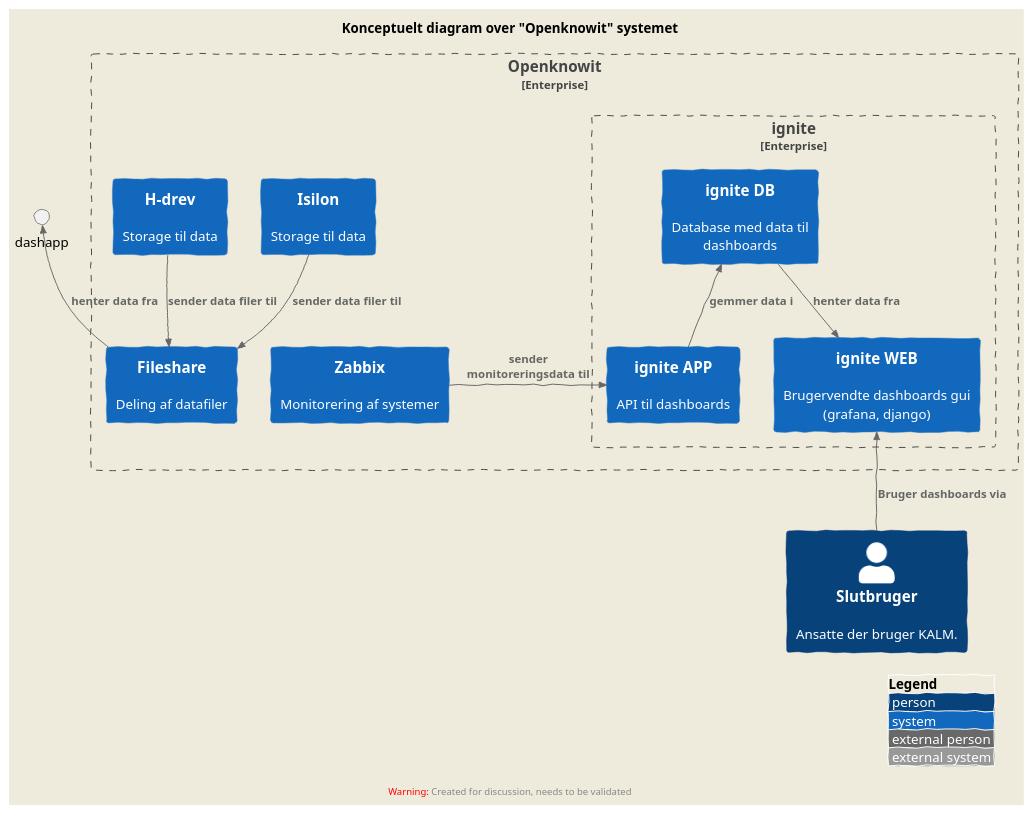
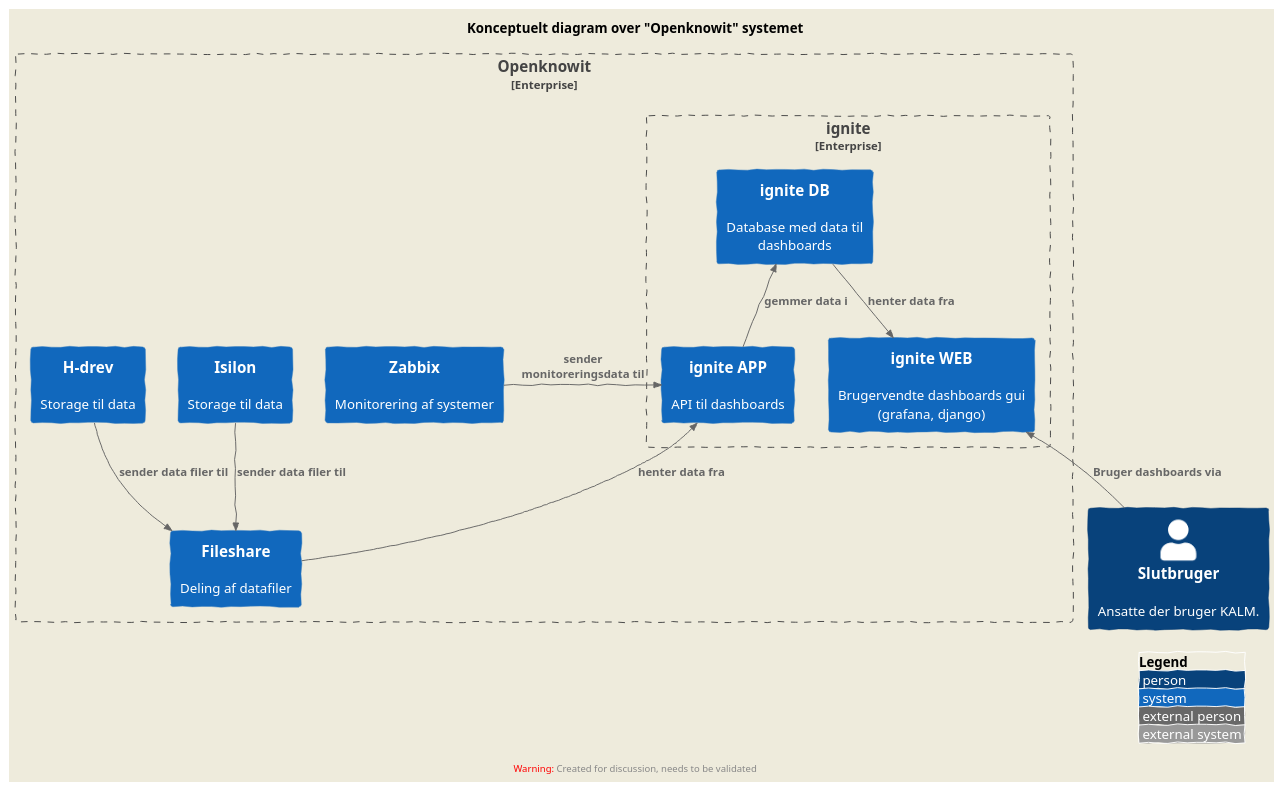
Before and after one commit to JakobHolstDK/infowall: the diagram in diagrams/openknowit.puml, drawn with PlantUML.

```diff
--- a/diagrams/openknowit.puml
+++ b/diagrams/openknowit.puml
@@ -2,38 +2,38 @@
 @startuml
 !include https://raw.githubusercontent.com/plantuml-stdlib/C4-PlantUML/master/C4_Context.puml
 
 ' uncomment the following line and comment the first to use locally
 ' !include C4_Context.puml
 
 LAYOUT_TOP_DOWN()
 LAYOUT_AS_SKETCH()
 LAYOUT_WITH_LEGEND()
 
 
 title  Konceptuelt diagram over "Openknowit" systemet
 
 Person(customer, "Slutbruger", "Ansatte der bruger KALM.")
 Enterprise_Boundary(c0, "Openknowit", "Openknowit systemet") {
 System(isilon, "Isilon", "Storage til data")
 System(Hdrives, "H-drev", "Storage til data")
 System(zabbix, "Zabbix", "Monitorering af systemer")
 System(fileshare, "Fileshare", "Deling af datafiler")
 
 
 
 
 Enterprise_Boundary(c1, "ignite", "ignnitesystemet") {
     System(ignitedb, "ignite DB", "Database med data til dashboards")
     System(igniteweb, "ignite WEB", "Brugervendte dashboards gui (grafana, django)")
     System(igniteapp, "ignite APP", "API til dashboards")
 }
 }
 Rel_U(customer, igniteweb, "Bruger dashboards via")
 Rel_D(isilon, fileshare, "sender data filer til")
 Rel_D(Hdrives, fileshare, "sender data filer til")
-Rel_U(fileshare, dashapp, "henter data fra")
+Rel_U(fileshare, igniteapp, "henter data fra")
 Rel_Neighbor(zabbix, igniteapp, "sender monitoreringsdata til")
 Rel_U(igniteapp, ignitedb, "gemmer data i")
 Rel_D(ignitedb, igniteweb, "henter data fra")
 
 @enduml
```
